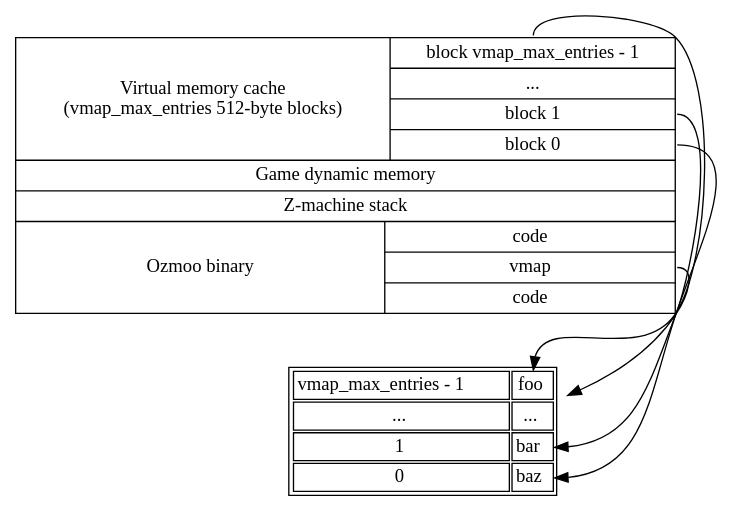
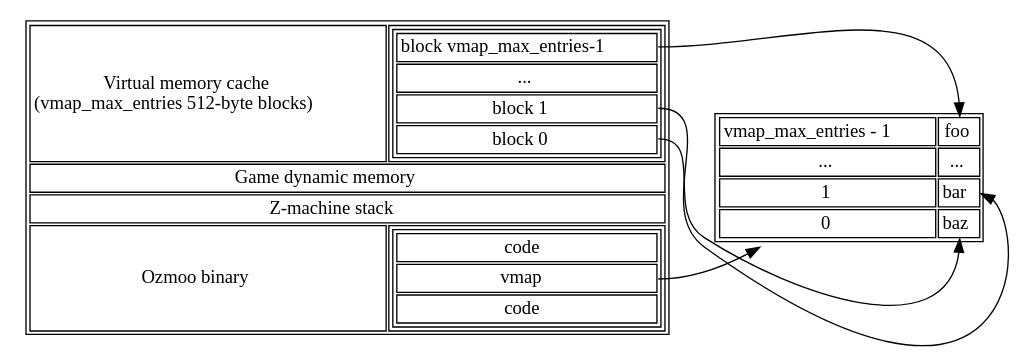
Before and after one commit to ZornsLemma/ozmoo: the diagram in documentation/techdocs/memory-map-1.dot, drawn with Graphviz.

Commit message:
Snapshot

```diff
--- a/documentation/techdocs/memory-map-1.dot
+++ b/documentation/techdocs/memory-map-1.dot
@@ -1,20 +1,46 @@
 digraph memory {
-    node [shape=record];
-    top [label="{ { Virtual memory cache \n (vmap_max_entries 512-byte blocks) | { <lastblock> block vmap_max_entries - 1 | ... | <block1> block 1 | <block0> block 0 } } | Game dynamic memory | Z-machine stack | { Ozmoo binary | { code | <vmap> vmap | code } } }"];
+    node [shape=plaintext];
 
-    node [shape=plaintext];
+    top [label=<
+    <table>
+        <tr><td>Virtual memory cache<br/>(vmap_max_entries 512-byte blocks)</td>
+            <td>
+                <table>
+                    <tr><td port="lastblock">block vmap_max_entries-1</td></tr>
+                    <tr><td>...</td></tr>
+                    <tr><td port="block1">block 1</td></tr>
+                    <tr><td port="block0">block 0</td></tr>
+                </table>
+            </td>
+            </tr>
+        <tr><td colspan="2">Game dynamic memory</td></tr>
+        <tr><td colspan="2">Z-machine stack</td></tr>
+        <tr><td>Ozmoo binary</td>
+            <td>
+                <table>
+                    <tr><td>code</td></tr>
+                    <tr><td port="vmap">vmap</td></tr>
+                    <tr><td>code</td></tr>
+                </table>
+            </td></tr>
+    </table>>];
+
     # vmap [label="{ { vmap_max_entries - 1 | foo } | ... | { 1 | foo } | {0 | foo } }"];
     vmap [label=<
          <table>
             <tr><td>vmap_max_entries - 1</td><td port="lastblock">foo</td></tr>
             <tr><td>...</td><td>...</td></tr>
             <tr><td>1</td><td port="block1">bar</td></tr>
             <tr><td>0</td><td port="block0">baz</td></tr>
          </table>>];
+
+    { rank = same; top vmap };
+
     top:vmap -> vmap;
     top:lastblock -> vmap:lastblock;
     top:block1 -> vmap:block1;
     top:block0 -> vmap:block0;
 }
 
 # vi: sw=4 sts=4
+    #{ { Virtual memory cache \n (vmap_max_entries 512-byte blocks) | { <lastblock> block vmap_max_entries - 1 | ... | <block1> block 1 | <block0> block 0 } } | Game dynamic memory | Z-machine stack | { Ozmoo binary | { code | <vmap> vmap | code } } }"];
```
